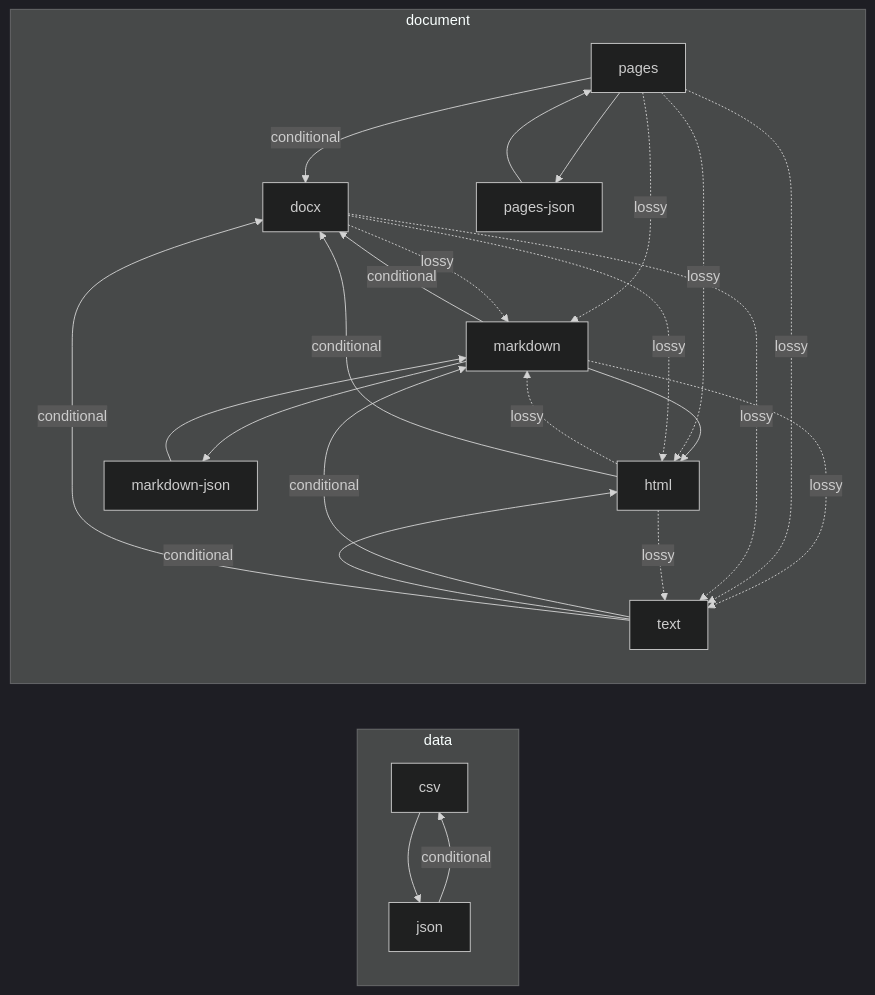
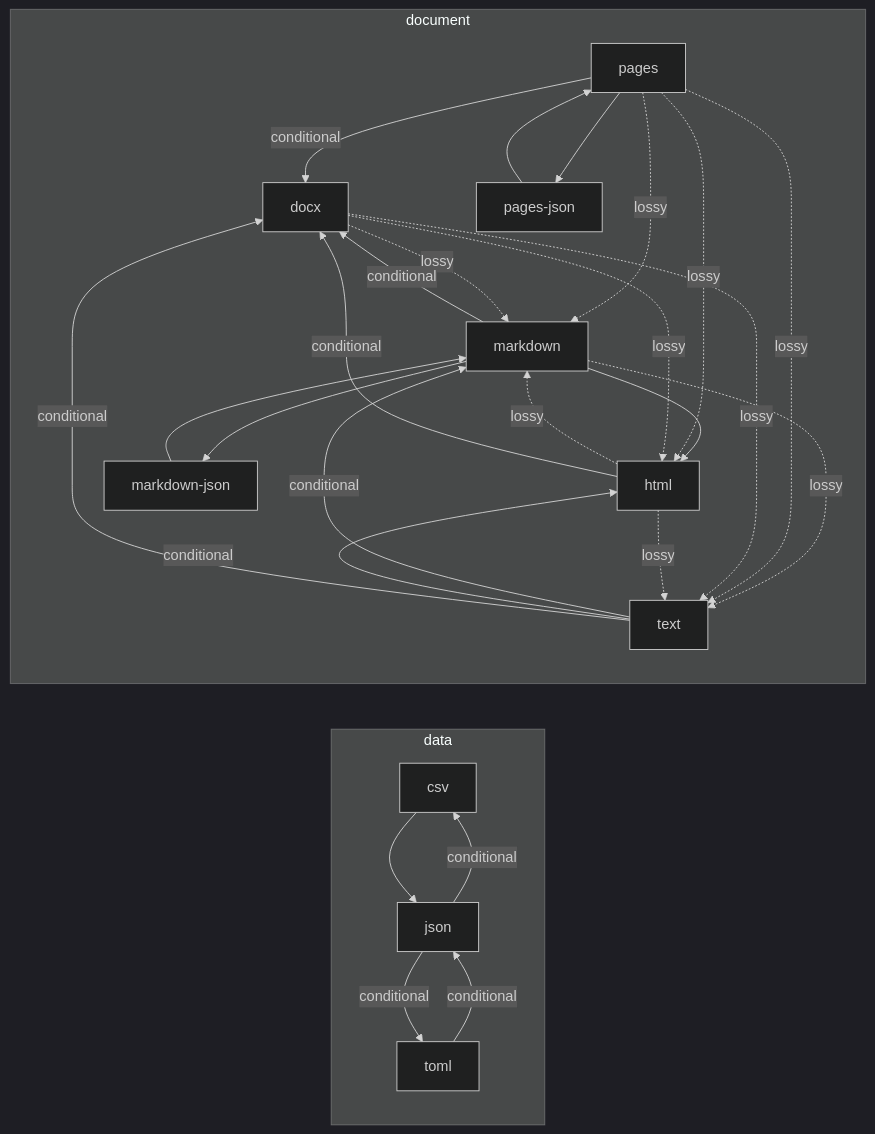
The diagram in DOCS/FORMATS.md (Chimi6/Sublime), drawn with Mermaid (dark theme) before and after one commit. The commit also changed other lines of this file and 58 other files, not shown here.

Commit message:
feat: TOML both ways through a new value hub, with the toml-json benchmark pair

````diff
--- a/DOCS/FORMATS.md
+++ b/DOCS/FORMATS.md
@@ -89,38 +96,41 @@
 ```mermaid
 graph LR
   subgraph data
     csv["csv"]
     json["json"]
+    toml["toml"]
   end
   subgraph document
     docx["docx"]
     html["html"]
     markdown["markdown"]
     markdown_json["markdown-json"]
     pages["pages"]
     pages_json["pages-json"]
     text["text"]
   end
   csv --> json
   json -- conditional --> csv
   markdown --> html
   markdown -. lossy .-> text
   markdown --> markdown_json
   markdown_json --> markdown
   pages --> pages_json
   pages_json --> pages
   pages -- conditional --> docx
   pages -. lossy .-> markdown
   pages -. lossy .-> html
   pages -. lossy .-> text
   docx -. lossy .-> markdown
   docx -. lossy .-> html
   docx -. lossy .-> text
   markdown -- conditional --> docx
   html -. lossy .-> markdown
   html -. lossy .-> text
   html -- conditional --> docx
   text -- conditional --> markdown
   text -- conditional --> html
   text -- conditional --> docx
+  toml -- conditional --> json
+  json -- conditional --> toml
 ```
````
